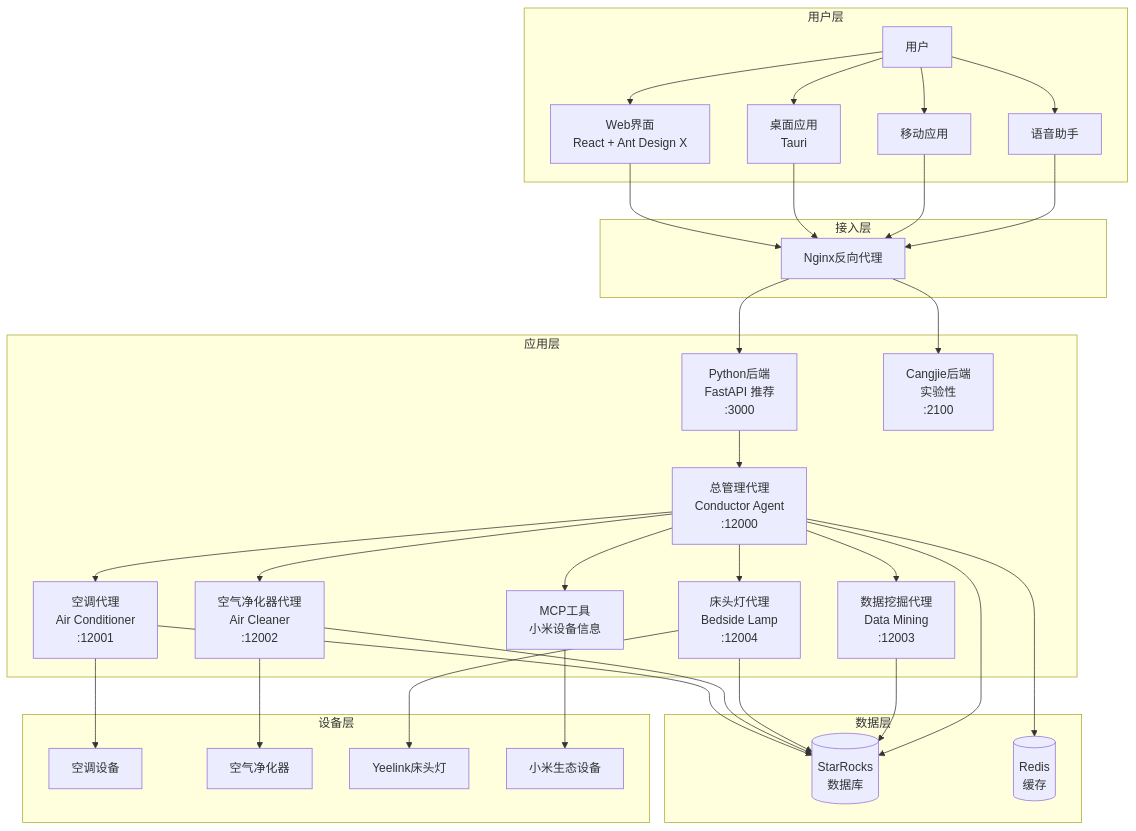
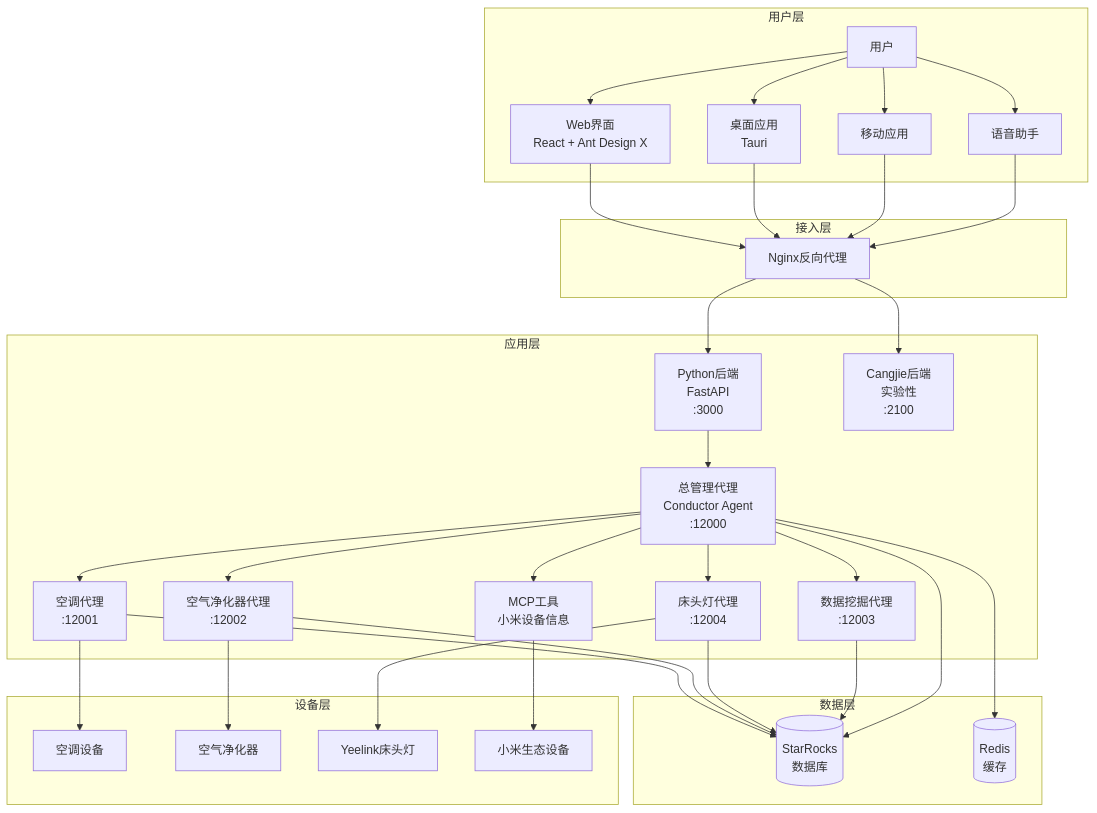
Before and after one commit to xiaoguos/smart-home-multi-agent-collaboration-system: the diagram in README.md, drawn with Mermaid. The commit also changed other lines of this file, not shown here.

````diff
--- a/README.md
+++ b/README.md
@@ -64,43 +60,43 @@
 ```mermaid
 graph TB
     subgraph "用户层"
         U[用户] --> W[Web界面<br/>React + Ant Design X]
         U --> D[桌面应用<br/>Tauri]
         U --> M[移动应用]
         U --> V[语音助手]
     end
-    
+
     subgraph "接入层"
         W --> N[Nginx反向代理]
         D --> N
         M --> N
         V --> N
     end
-    
+
     subgraph "应用层"
-        N --> BP[Python后端<br/>FastAPI 推荐<br/>:3000]
+        N --> BP[Python后端<br/>FastAPI<br/>:3000]
         N --> BC[Cangjie后端<br/>实验性<br/>:2100]
         BP --> C[总管理代理<br/>Conductor Agent<br/>:12000]
-        C --> AC[空调代理<br/>Air Conditioner<br/>:12001]
-        C --> ALC[空气净化器代理<br/>Air Cleaner<br/>:12002]
-        C --> BL[床头灯代理<br/>Bedside Lamp<br/>:12004]
-        C --> DM[数据挖掘代理<br/>Data Mining<br/>:12003]
+        C --> AC[空调代理<br/>:12001]
+        C --> ALC[空气净化器代理<br/>:12002]
+        C --> BL[床头灯代理<br/>:12004]
+        C --> DM[数据挖掘代理<br/>:12003]
         C --> MCP[MCP工具<br/>小米设备信息]
     end
-    
+
     subgraph "数据层"
         AC --> DB[(StarRocks<br/>数据库)]
         ALC --> DB
         BL --> DB
         DM --> DB
         C --> DB
         C --> R[(Redis<br/>缓存)]
     end
-    
+
     subgraph "设备层"
         AC --> D1[空调设备]
         ALC --> D2[空气净化器]
         BL --> D3[Yeelink床头灯]
         MCP --> D4[小米生态设备]
     end
 ```
````
